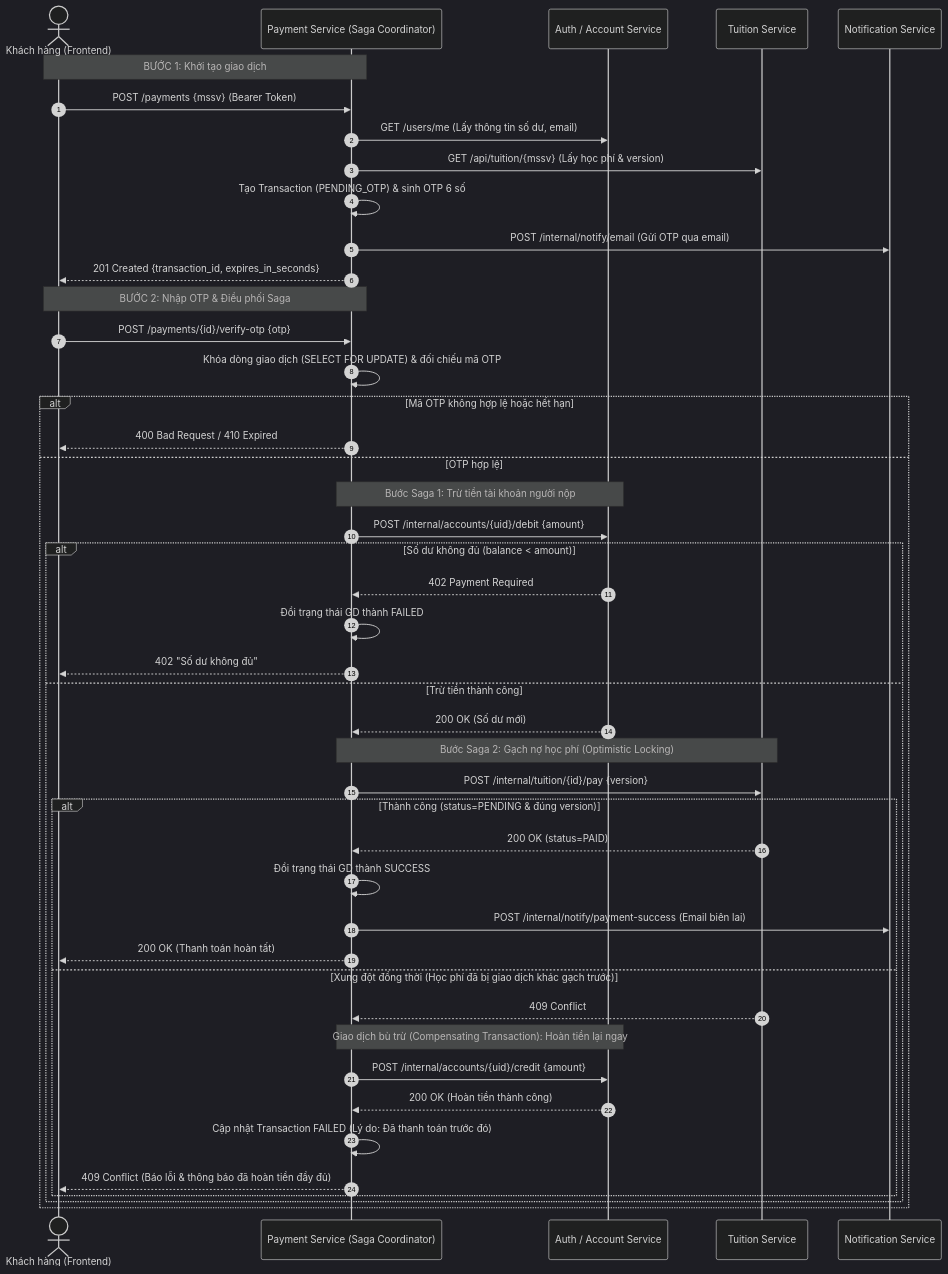
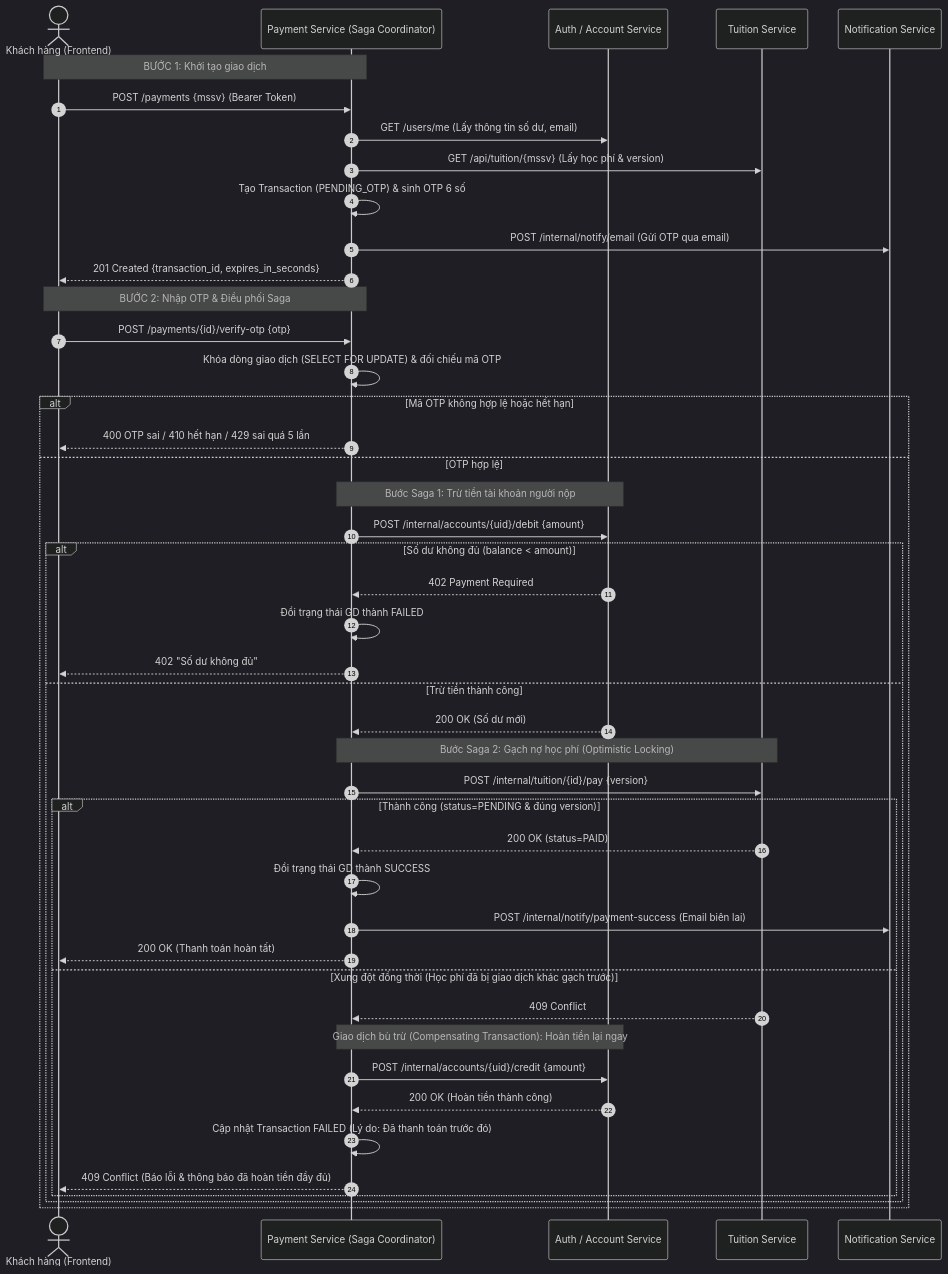
The fourth of 4 diagrams in docs/diagrams.md (HuuTan12/Midterm_SOA_ITBanking), drawn with Mermaid (dark theme) before and after one commit. The commit also changed other lines of this file and 5 other files, not shown here.

````diff
--- a/docs/diagrams.md
+++ b/docs/diagrams.md
@@ -168,51 +187,51 @@
 ```mermaid
 sequenceDiagram
     autonumber
     actor User as Khách hàng (Frontend)
     participant Pay as Payment Service (Saga Coordinator)
     participant Auth as Auth / Account Service
     participant Tui as Tuition Service
     participant Noti as Notification Service
 
     Note over User,Pay: BƯỚC 1: Khởi tạo giao dịch
     User->>Pay: POST /payments {mssv} (Bearer Token)
     Pay->>Auth: GET /users/me (Lấy thông tin số dư, email)
     Pay->>Tui: GET /api/tuition/{mssv} (Lấy học phí & version)
     Pay->>Pay: Tạo Transaction (PENDING_OTP) & sinh OTP 6 số
     Pay->>Noti: POST /internal/notify/email (Gửi OTP qua email)
     Pay-->>User: 201 Created {transaction_id, expires_in_seconds}
 
     Note over User,Pay: BƯỚC 2: Nhập OTP & Điều phối Saga
     User->>Pay: POST /payments/{id}/verify-otp {otp}
     Pay->>Pay: Khóa dòng giao dịch (SELECT FOR UPDATE) & đối chiếu mã OTP
     
     alt Mã OTP không hợp lệ hoặc hết hạn
-        Pay-->>User: 400 Bad Request / 410 Expired
+        Pay-->>User: 400 OTP sai / 410 hết hạn / 429 sai quá 5 lần
     else OTP hợp lệ
         Note over Pay,Auth: Bước Saga 1: Trừ tiền tài khoản người nộp
         Pay->>Auth: POST /internal/accounts/{uid}/debit {amount}
         alt Số dư không đủ (balance < amount)
             Auth-->>Pay: 402 Payment Required
             Pay->>Pay: Đổi trạng thái GD thành FAILED
             Pay-->>User: 402 "Số dư không đủ"
         else Trừ tiền thành công
             Auth-->>Pay: 200 OK (Số dư mới)
             Note over Pay,Tui: Bước Saga 2: Gạch nợ học phí (Optimistic Locking)
             Pay->>Tui: POST /internal/tuition/{id}/pay {version}
             
             alt Thành công (status=PENDING & đúng version)
                 Tui-->>Pay: 200 OK (status=PAID)
                 Pay->>Pay: Đổi trạng thái GD thành SUCCESS
                 Pay->>Noti: POST /internal/notify/payment-success (Email biên lai)
                 Pay-->>User: 200 OK (Thanh toán hoàn tất)
             else Xung đột đồng thời (Học phí đã bị giao dịch khác gạch trước)
                 Tui-->>Pay: 409 Conflict
                 Note over Pay,Auth: Giao dịch bù trừ (Compensating Transaction): Hoàn tiền lại ngay
                 Pay->>Auth: POST /internal/accounts/{uid}/credit {amount}
                 Auth-->>Pay: 200 OK (Hoàn tiền thành công)
                 Pay->>Pay: Cập nhật Transaction FAILED (Lý do: Đã thanh toán trước đó)
                 Pay-->>User: 409 Conflict (Báo lỗi & thông báo đã hoàn tiền đầy đủ)
             end
         end
     end
 ```
````
